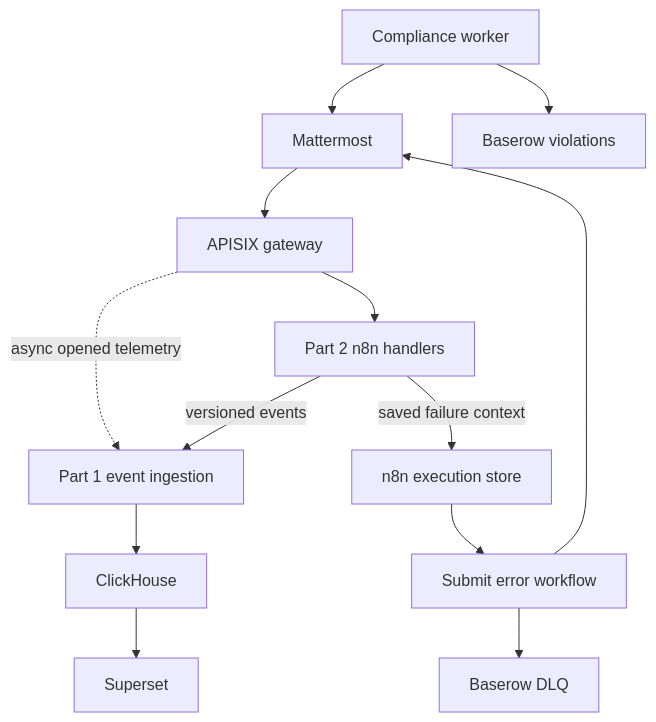
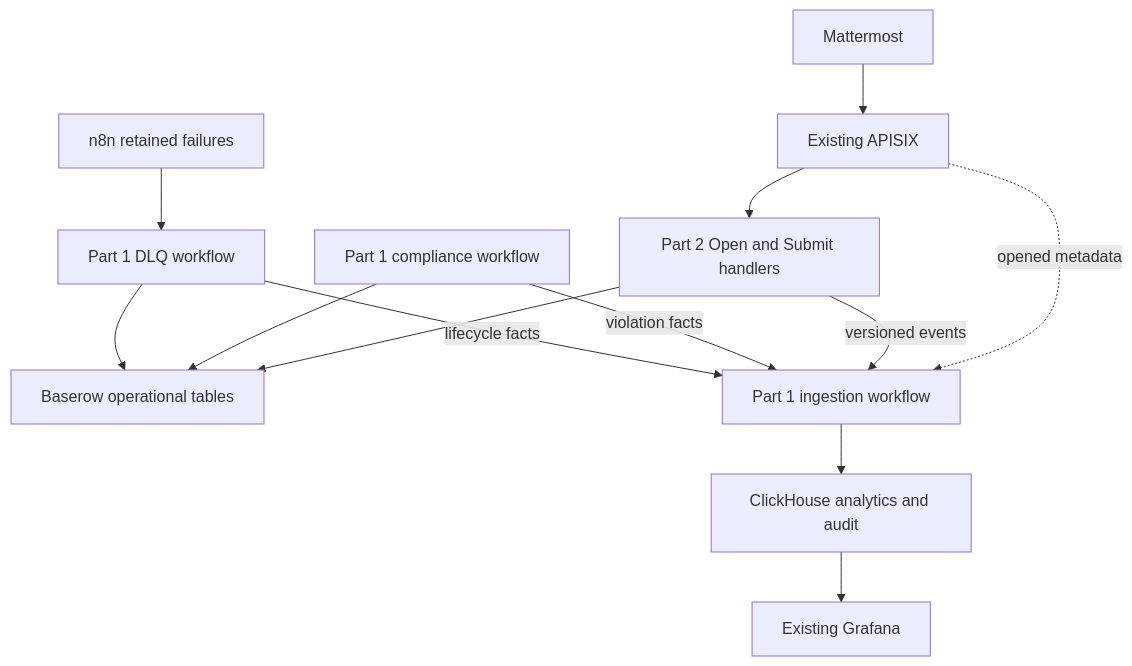
Before and after one commit to jemmie2025/daily-checkin-part1-platform: the diagram in docs/architecture.md, drawn with Mermaid. The commit also changed other lines of this file and 68 other files, not shown here.

````diff
--- a/docs/architecture.md
+++ b/docs/architecture.md
@@ -5,15 +11,15 @@
 ```mermaid
 flowchart TB
-  MM["Mattermost"] --> GW["APISIX gateway"]
-  GW --> APP["Part 2 n8n handlers"]
-  GW -. "async opened telemetry" .-> ING["Part 1 event ingestion"]
+  MM["Mattermost"] --> GW["Existing APISIX"]
+  GW --> APP["Part 2 Open and Submit handlers"]
+  APP --> BR["Baserow operational tables"]
+  GW -. "opened metadata" .-> ING["Part 1 ingestion workflow"]
   APP -- "versioned events" --> ING
-  ING --> CH["ClickHouse"]
-  CH --> SS["Superset"]
-  CW["Compliance worker"] --> VIOL["Baserow violations"]
-  CW --> MM
-  APP -- "saved failure context" --> EXEC["n8n execution store"]
-  EXEC --> DLQ
-  DLQ["Submit error workflow"] --> DEAD["Baserow DLQ"]
-  DLQ --> MM
+  CW["Part 1 compliance workflow"] --> BR
+  CW -- "violation facts" --> ING
+  EXEC["n8n retained failures"] --> DLQ["Part 1 DLQ workflow"]
+  DLQ --> BR
+  DLQ -- "lifecycle facts" --> ING
+  ING --> CH["ClickHouse analytics and audit"]
+  CH --> GF["Existing Grafana"]
 ```
````
